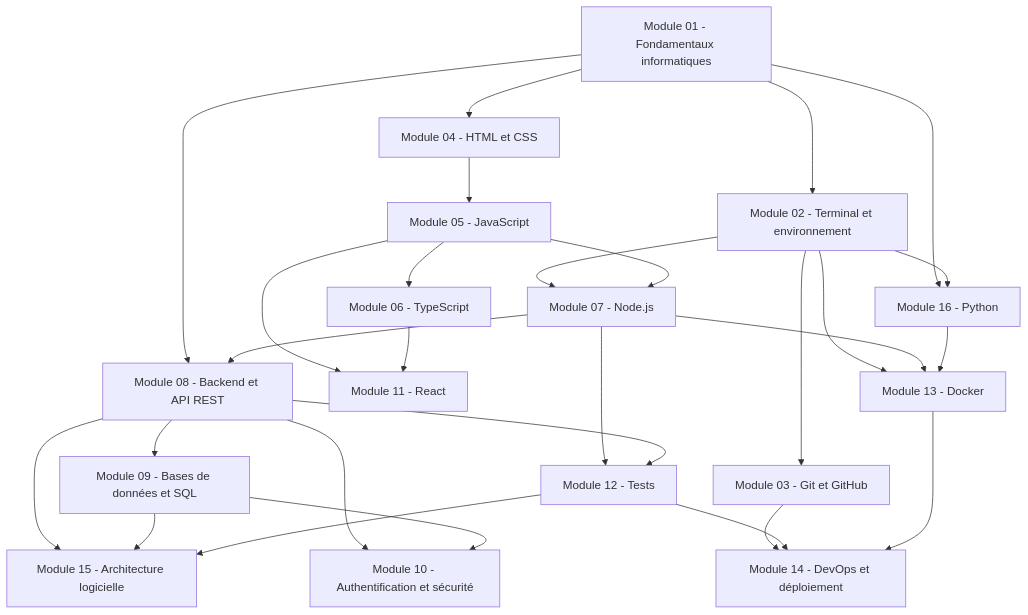
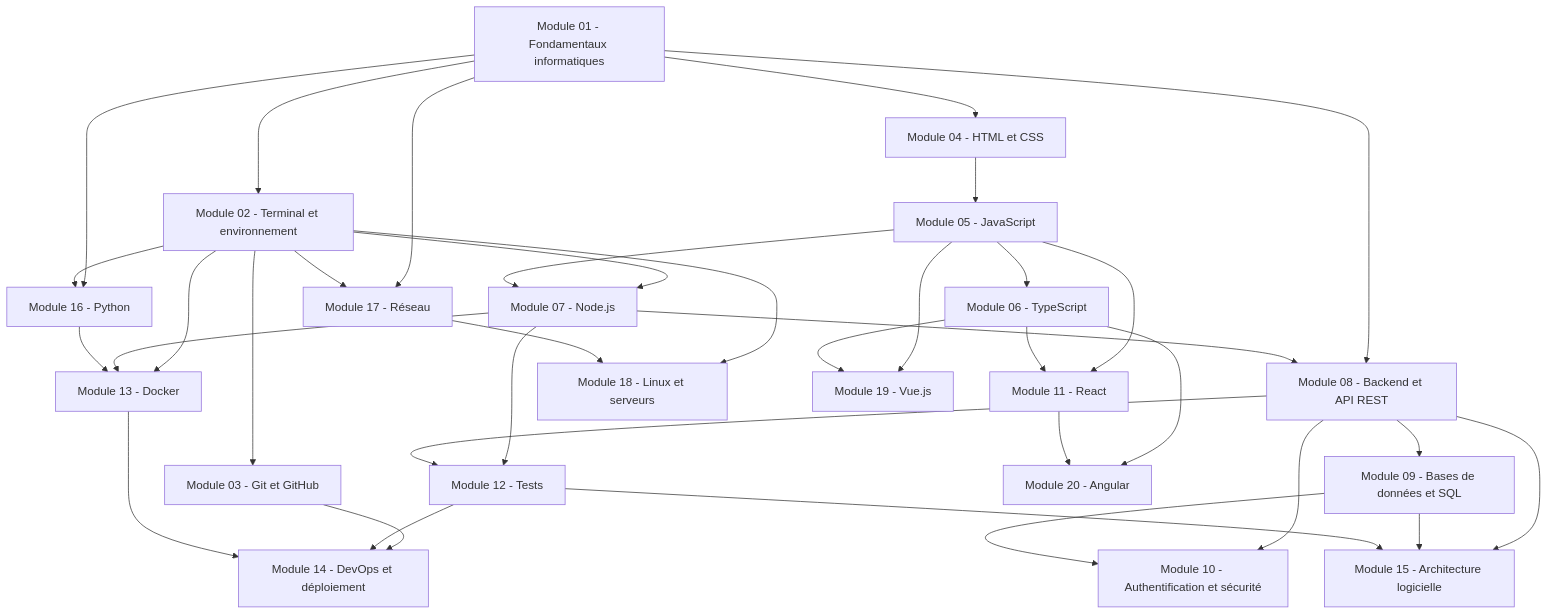
One commit to galsen-76/Informatique- changed the diagram in 01 — Parcours/Parcours.md. Above: the diagram before and after it, drawn with Mermaid. The commit also changed other lines of this file and 1 other file, not shown here.

Commit message:
Parcours : modules 17 à 20 dans le schéma et ordre conseillé ; schéma Angular corrigé
Claude-Session: https://claude.ai/code/session_014MdZfK3rEdBY4Ur7b3Qdek

````diff
--- a/01 — Parcours/Parcours.md
+++ b/01 — Parcours/Parcours.md
@@ -12,62 +12,78 @@
 ```mermaid
 flowchart TD
   M1["Module 01 - Fondamentaux informatiques"]
   M2["Module 02 - Terminal et environnement"]
   M3["Module 03 - Git et GitHub"]
   M4["Module 04 - HTML et CSS"]
   M5["Module 05 - JavaScript"]
   M6["Module 06 - TypeScript"]
   M7["Module 07 - Node.js"]
   M8["Module 08 - Backend et API REST"]
   M9["Module 09 - Bases de données et SQL"]
   M10["Module 10 - Authentification et sécurité"]
   M11["Module 11 - React"]
   M12["Module 12 - Tests"]
   M13["Module 13 - Docker"]
   M14["Module 14 - DevOps et déploiement"]
   M15["Module 15 - Architecture logicielle"]
   M16["Module 16 - Python"]
+  M17["Module 17 - Réseau"]
+  M18["Module 18 - Linux et serveurs"]
+  M19["Module 19 - Vue.js"]
+  M20["Module 20 - Angular"]
   M1 --> M2
   M2 --> M3
   M1 --> M4
   M4 --> M5
   M5 --> M6
   M2 --> M7
   M5 --> M7
   M1 --> M8
   M7 --> M8
   M8 --> M9
   M8 --> M10
   M9 --> M10
   M5 --> M11
   M6 --> M11
   M7 --> M12
   M8 --> M12
   M2 --> M13
   M7 --> M13
   M3 --> M14
   M12 --> M14
   M13 --> M14
   M8 --> M15
   M9 --> M15
   M12 --> M15
   M1 --> M16
   M2 --> M16
   M16 --> M13
+  M1 --> M17
+  M2 --> M17
+  M2 --> M18
+  M17 --> M18
+  M5 --> M19
+  M6 --> M19
+  M6 --> M20
+  M11 --> M20
   class M1 internal-link;
   class M2 internal-link;
   class M3 internal-link;
   class M4 internal-link;
   class M5 internal-link;
   class M6 internal-link;
   class M7 internal-link;
   class M8 internal-link;
   class M9 internal-link;
   class M10 internal-link;
   class M11 internal-link;
   class M12 internal-link;
   class M13 internal-link;
   class M14 internal-link;
   class M15 internal-link;
   class M16 internal-link;
+  class M17 internal-link;
+  class M18 internal-link;
+  class M19 internal-link;
+  class M20 internal-link;
 ```
````
